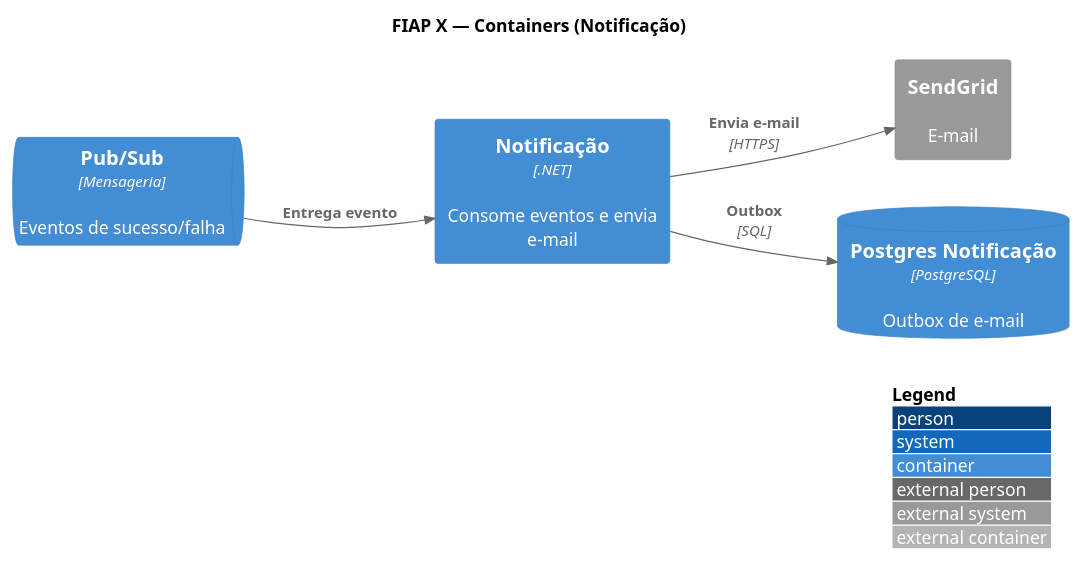
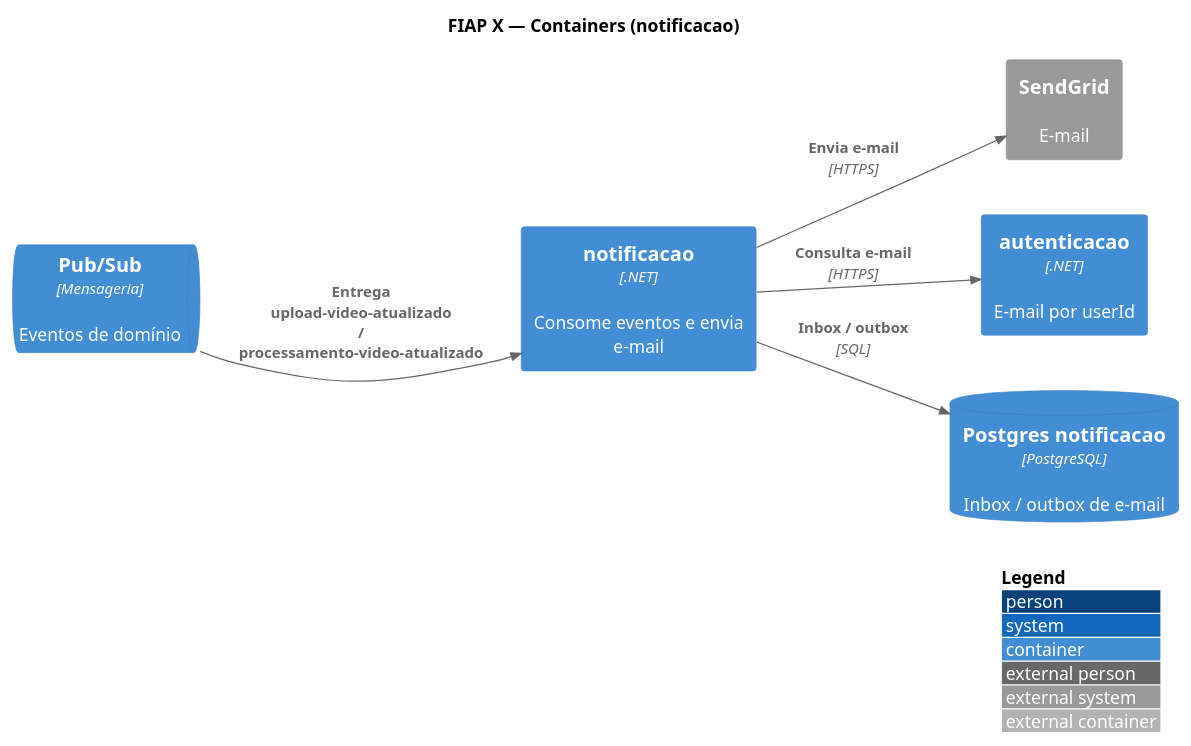
Before and after one commit to fiap-x-vcosta/docs: the diagram in arquitetura/05_containers-notificacao.puml, drawn with PlantUML. The commit also changed 38 other files, not shown here.

First line of the commit message:
docs: Parte 5 — catálogo de eventos e ADR outbox/inbox (#6)

```diff
--- a/arquitetura/05_containers-notificacao.puml
+++ b/arquitetura/05_containers-notificacao.puml
@@ -1,22 +1,25 @@
 @startuml 05_containers-notificacao
 !include https://raw.githubusercontent.com/plantuml-stdlib/C4-PlantUML/master/C4_Container.puml
 
 LAYOUT_WITH_LEGEND()
 LAYOUT_LEFT_RIGHT()
 
-title FIAP X — Containers (Notificação)
+title FIAP X — Containers (notificacao)
 
-ContainerQueue(pubsub, "Pub/Sub", "Mensageria", "Eventos de sucesso/falha")
-Container(notif, "Notificação", ".NET", "Consome eventos e envia e-mail")
-ContainerDb(pgNotif, "Postgres Notificação", "PostgreSQL", "Outbox de e-mail")
+ContainerQueue(pubsub, "Pub/Sub", "Mensageria", "Eventos de domínio")
+Container(notif, "notificacao", ".NET", "Consome eventos e envia e-mail")
+Container(auth, "autenticacao", ".NET", "E-mail por userId")
+ContainerDb(pgNotif, "Postgres notificacao", "PostgreSQL", "Inbox / outbox de e-mail")
 System_Ext(sendgrid, "SendGrid", "E-mail")
 
-Rel(pubsub, notif, "Entrega evento")
-Rel(notif, pgNotif, "Outbox", "SQL")
+Rel(pubsub, notif, "Entrega upload-video-atualizado / processamento-video-atualizado")
+Rel(notif, auth, "Consulta e-mail", "HTTPS")
+Rel(notif, pgNotif, "Inbox / outbox", "SQL")
 Rel(notif, sendgrid, "Envia e-mail", "HTTPS")
 
 Lay_R(pubsub, notif)
 Lay_R(notif, sendgrid)
 Lay_D(notif, pgNotif)
+Lay_D(notif, auth)
 
 @enduml
```
